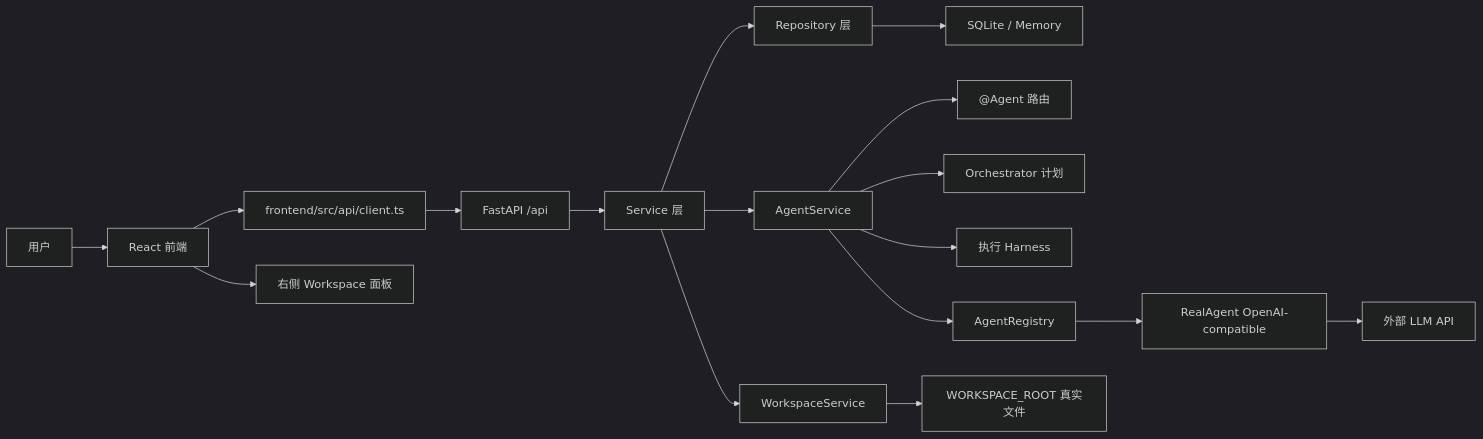
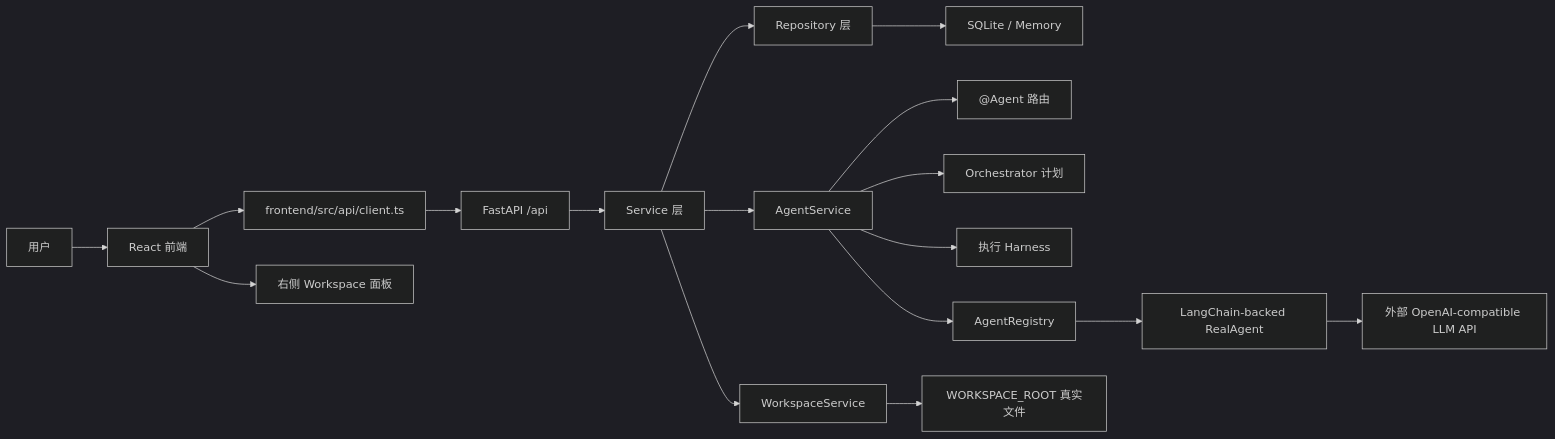
Before and after one commit to Gc128/AgentHub: the diagram in docs/project-architecture.md, drawn with Mermaid (dark theme). The commit also changed other lines of this file and 14 other files, not shown here.

First line of the commit message:
feat: 用 LangChain 接入 DeepSeek 真实 Agent

````diff
--- a/docs/project-architecture.md
+++ b/docs/project-architecture.md
@@ -42,19 +42,19 @@
 ```mermaid
 flowchart LR
     User["用户"] --> UI["React 前端"]
     UI --> Client["frontend/src/api/client.ts"]
     Client --> API["FastAPI /api"]
     API --> Services["Service 层"]
     Services --> Repos["Repository 层"]
     Repos --> DB["SQLite / Memory"]
     Services --> AgentService["AgentService"]
     AgentService --> Router["@Agent 路由"]
     AgentService --> Planner["Orchestrator 计划"]
     AgentService --> Harness["执行 Harness"]
     AgentService --> Registry["AgentRegistry"]
-    Registry --> RealAgent["RealAgent OpenAI-compatible"]
-    RealAgent --> LLM["外部 LLM API"]
+    Registry --> RealAgent["LangChain-backed RealAgent"]
+    RealAgent --> LLM["外部 OpenAI-compatible LLM API"]
     Services --> Workspace["WorkspaceService"]
     Workspace --> FS["WORKSPACE_ROOT 真实文件"]
     UI --> WorkspacePanel["右侧 Workspace 面板"]
 ```
````
